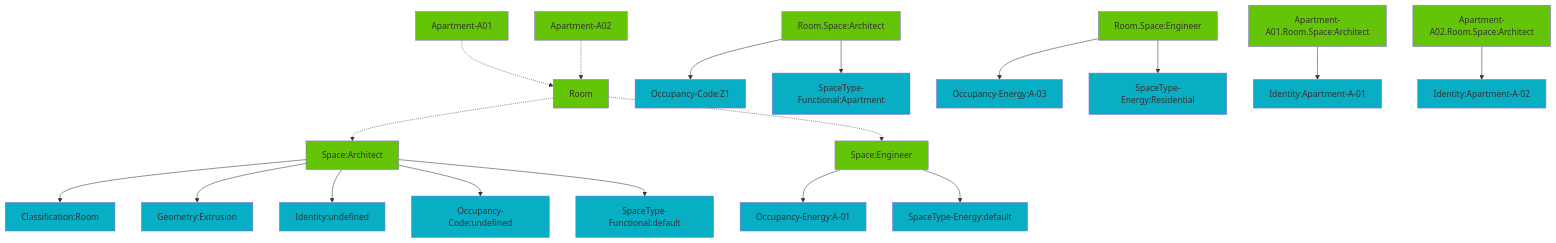
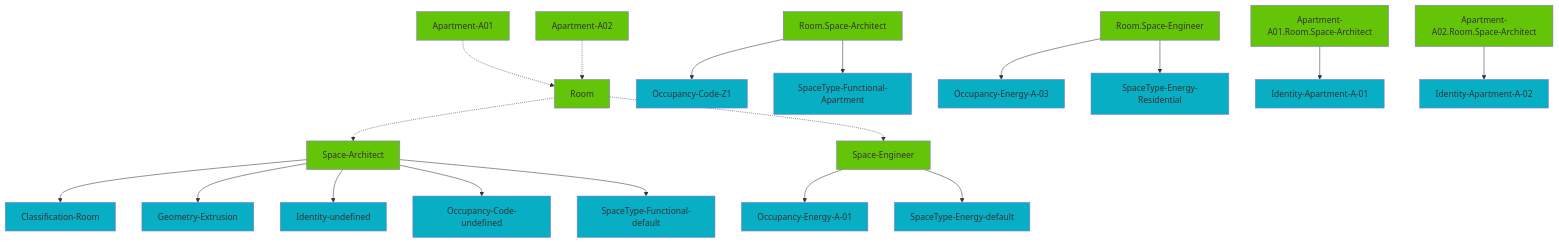
Before and after one commit to tomvandig/eccg: diagram 13 of 13 in README.md, drawn with Mermaid. The commit also changed 2 other files, not shown here.

````diff
--- a/README.md
+++ b/README.md
@@ -455,42 +455,42 @@
 ```mermaid
-graph TD;
-    Space:Architect-->Classification:Room;
-    style Classification:Room fill:#08aec4;
-    Space:Architect-->Geometry:Extrusion;
-    style Geometry:Extrusion fill:#08aec4;
-    Space:Architect-->Identity:undefined;
-    style Identity:undefined fill:#08aec4;
-    Space:Architect-->Occupancy-Code:undefined;
-    style Occupancy-Code:undefined fill:#08aec4;
-    Space:Architect-->SpaceType-Functional:default;
-    style SpaceType-Functional:default fill:#08aec4;
-    style Space:Architect fill:#63c408;
-    Space:Engineer-->Occupancy-Energy:A-01;
-    style Occupancy-Energy:A-01 fill:#08aec4;
-    Space:Engineer-->SpaceType-Energy:default;
-    style SpaceType-Energy:default fill:#08aec4;
-    style Space:Engineer fill:#63c408;
-    Room-.->Space:Architect;
-    Room-.->Space:Engineer;
-    style Room fill:#63c408;
-    Room.Space:Architect-->Occupancy-Code:Z1;
-    style Occupancy-Code:Z1 fill:#08aec4;
-    Room.Space:Architect-->SpaceType-Functional:Apartment;
-    style SpaceType-Functional:Apartment fill:#08aec4;
-    style Room.Space:Architect fill:#63c408;
-    Room.Space:Engineer-->Occupancy-Energy:A-03;
-    style Occupancy-Energy:A-03 fill:#08aec4;
-    Room.Space:Engineer-->SpaceType-Energy:Residential;
-    style SpaceType-Energy:Residential fill:#08aec4;
-    style Room.Space:Engineer fill:#63c408;
-    Apartment-A01-.->Room;
-    style Apartment-A01 fill:#63c408;
-    Apartment-A02-.->Room;
-    style Apartment-A02 fill:#63c408;
-    Apartment-A01.Room.Space:Architect-->Identity:Apartment-A-01;
-    style Identity:Apartment-A-01 fill:#08aec4;
-    style Apartment-A01.Room.Space:Architect fill:#63c408;
-    Apartment-A02.Room.Space:Architect-->Identity:Apartment-A-02;
-    style Identity:Apartment-A-02 fill:#08aec4;
-    style Apartment-A02.Room.Space:Architect fill:#63c408;
-```
+ graph TD;
+ Space-Architect-->Classification-Room;
+style Classification-Room fill:#08aec4;
+Space-Architect-->Geometry-Extrusion;
+style Geometry-Extrusion fill:#08aec4;
+Space-Architect-->Identity-undefined;
+style Identity-undefined fill:#08aec4;
+Space-Architect-->Occupancy-Code-undefined;
+style Occupancy-Code-undefined fill:#08aec4;
+Space-Architect-->SpaceType-Functional-default;
+style SpaceType-Functional-default fill:#08aec4;
+style Space-Architect fill:#63c408;
+Space-Engineer-->Occupancy-Energy-A-01;
+style Occupancy-Energy-A-01 fill:#08aec4;
+Space-Engineer-->SpaceType-Energy-default;
+style SpaceType-Energy-default fill:#08aec4;
+style Space-Engineer fill:#63c408;
+Room-.->Space-Architect;
+Room-.->Space-Engineer;
+style Room fill:#63c408;
+Room.Space-Architect-->Occupancy-Code-Z1;
+style Occupancy-Code-Z1 fill:#08aec4;
+Room.Space-Architect-->SpaceType-Functional-Apartment;
+style SpaceType-Functional-Apartment fill:#08aec4;
+style Room.Space-Architect fill:#63c408;
+Room.Space-Engineer-->Occupancy-Energy-A-03;
+style Occupancy-Energy-A-03 fill:#08aec4;
+Room.Space-Engineer-->SpaceType-Energy-Residential;
+style SpaceType-Energy-Residential fill:#08aec4;
+style Room.Space-Engineer fill:#63c408;
+Apartment-A01-.->Room;
+style Apartment-A01 fill:#63c408;
+Apartment-A02-.->Room;
+style Apartment-A02 fill:#63c408;
+Apartment-A01.Room.Space-Architect-->Identity-Apartment-A-01;
+style Identity-Apartment-A-01 fill:#08aec4;
+style Apartment-A01.Room.Space-Architect fill:#63c408;
+Apartment-A02.Room.Space-Architect-->Identity-Apartment-A-02;
+style Identity-Apartment-A-02 fill:#08aec4;
+style Apartment-A02.Room.Space-Architect fill:#63c408;
+ ```
````
